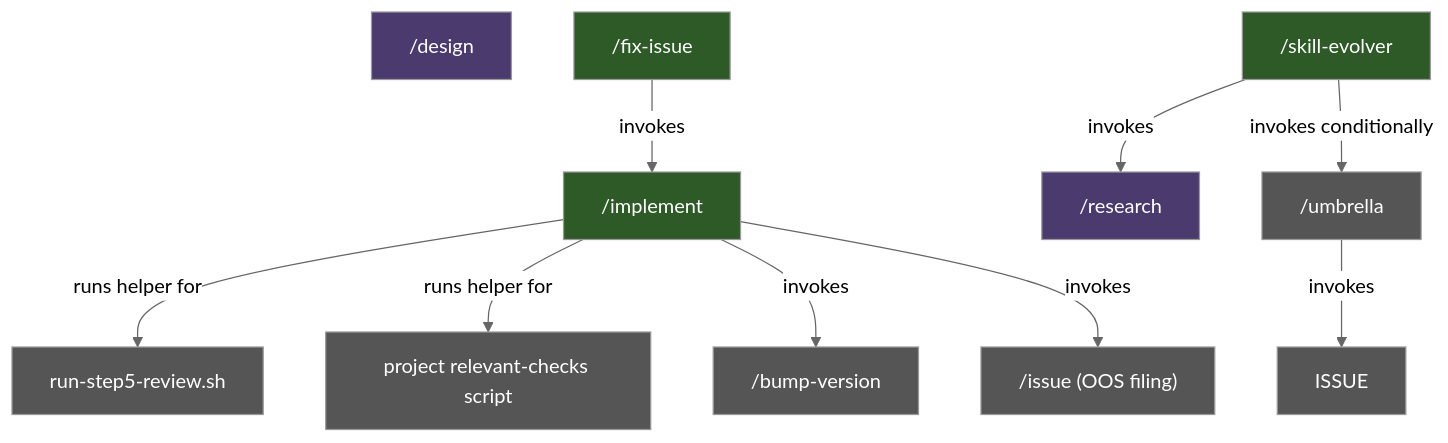
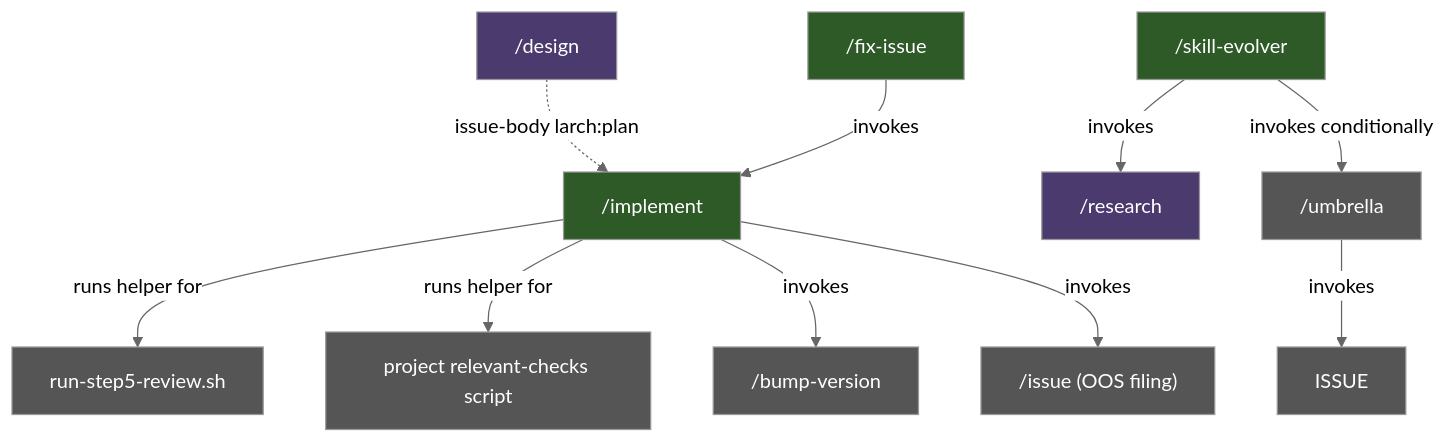
The first of 3 diagrams in docs/workflow-lifecycle.md (character-ai/larch), drawn with Mermaid (neutral theme) before and after one commit. The commit also changed 3 other files, not shown here.

````diff
--- a/docs/workflow-lifecycle.md
+++ b/docs/workflow-lifecycle.md
@@ -9,24 +9,25 @@
 ```mermaid
 graph TD
     DESIGN["/design"]
-    IMPLEMENT["/implement"] -->|runs helper for| STEP5["run-step5-review.sh"]
+    DESIGN -.->|issue-body larch:plan| IMPLEMENT["/implement"]
+    IMPLEMENT -->|runs helper for| STEP5["run-step5-review.sh"]
     IMPLEMENT -->|runs helper for| CHECKS["project relevant-checks script"]
     IMPLEMENT -->|invokes| BUMP["/bump-version"]
     IMPLEMENT -->|invokes| ISSUE_OOS["/issue (OOS filing)"]
     FIX["/fix-issue"] -->|invokes| IMPLEMENT
     EVOLVER["/skill-evolver"] -->|invokes| RESEARCH["/research"]
     EVOLVER -->|invokes conditionally| UMBRELLA["/umbrella"]
     UMBRELLA -->|invokes| ISSUE
 
     style IMPLEMENT fill:#2d5a27,color:#fff
     style FIX fill:#2d5a27,color:#fff
     style EVOLVER fill:#2d5a27,color:#fff
     style DESIGN fill:#4a3a6e,color:#fff
     style STEP5 fill:#555,color:#fff
     style RESEARCH fill:#4a3a6e,color:#fff
     style UMBRELLA fill:#555,color:#fff
     style CHECKS fill:#555,color:#fff
     style BUMP fill:#555,color:#fff
     style ISSUE fill:#555,color:#fff
     style ISSUE_OOS fill:#555,color:#fff
 ```
````
